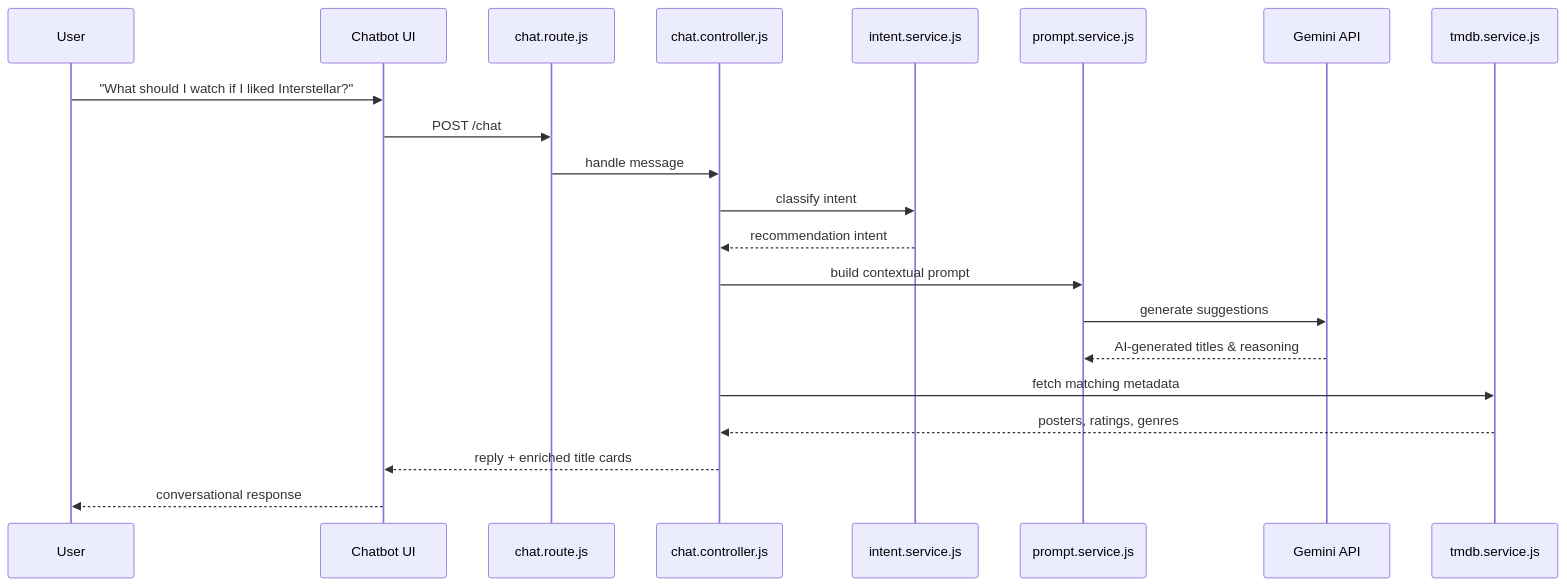
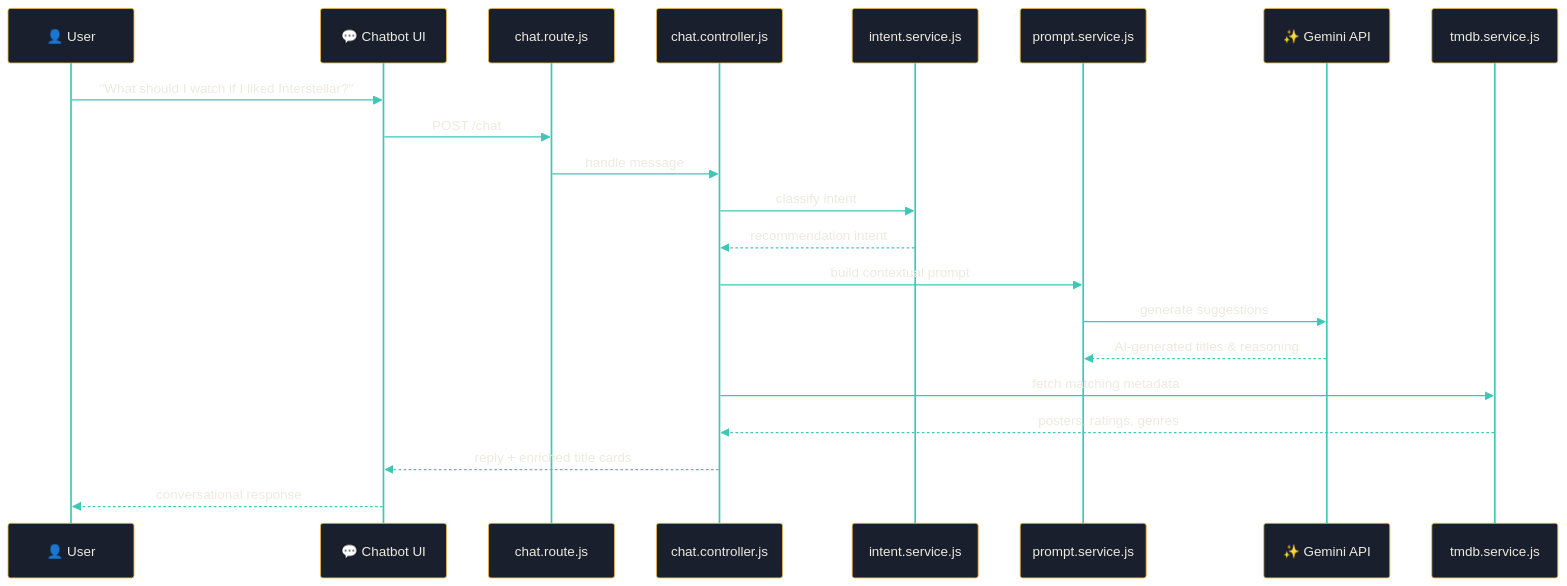
The third of 3 diagrams in readme.md (shiva122019/WatchVerse), drawn with Mermaid before and after one commit. The commit also changed other lines of this file, not shown here.

First line of the commit message:
Revise README badges and architecture diagrams

````diff
--- a/readme.md
+++ b/readme.md
@@ -210,24 +236,39 @@
 ```mermaid
+%%{init: {'theme':'base', 'themeVariables': {
+  'actorBkg': '#191f2c',
+  'actorBorder': '#e8b84b',
+  'actorTextColor': '#edeae0',
+  'actorLineColor': '#3ec6b6',
+  'signalColor': '#3ec6b6',
+  'signalTextColor': '#edeae0',
+  'labelBoxBkgColor': '#a78bfa',
+  'labelBoxBorderColor': '#5b3fa0',
+  'labelTextColor': '#0b0e14',
+  'noteBkgColor': '#e8b84b',
+  'noteTextColor': '#0b0e14',
+  'noteBorderColor': '#8a6f2e',
+  'sequenceNumberColor': '#0b0e14'
+}}}%%
 sequenceDiagram
-    participant U as User
-    participant FE as Chatbot UI
+    participant U as 👤 User
+    participant FE as 💬 Chatbot UI
     participant R as chat.route.js
     participant C as chat.controller.js
     participant I as intent.service.js
     participant P as prompt.service.js
-    participant G as Gemini API
+    participant G as ✨ Gemini API
     participant T as tmdb.service.js
 
     U->>FE: "What should I watch if I liked Interstellar?"
     FE->>R: POST /chat
     R->>C: handle message
     C->>I: classify intent
     I-->>C: recommendation intent
     C->>P: build contextual prompt
     P->>G: generate suggestions
     G-->>P: AI-generated titles & reasoning
     C->>T: fetch matching metadata
     T-->>C: posters, ratings, genres
     C-->>FE: reply + enriched title cards
     FE-->>U: conversational response
 ```
````
